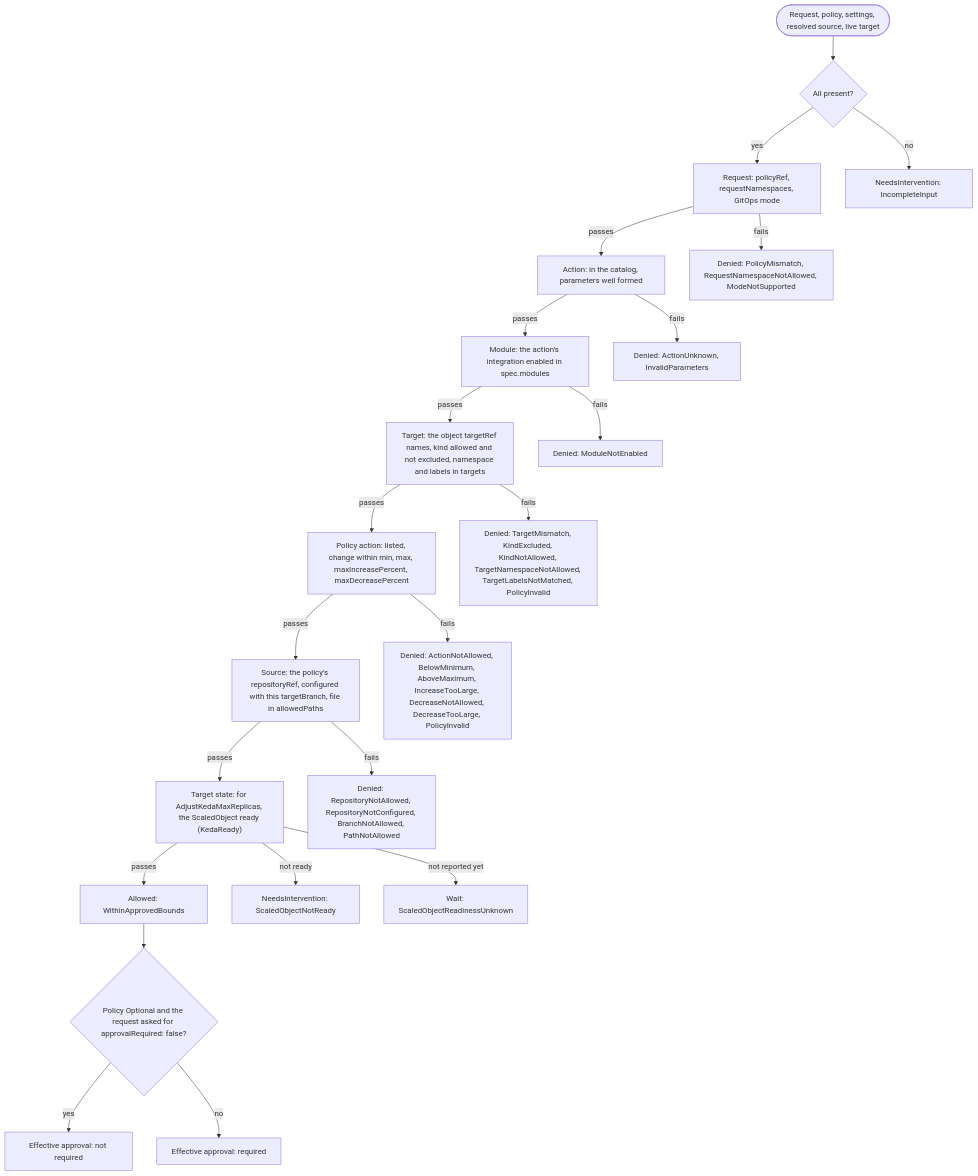
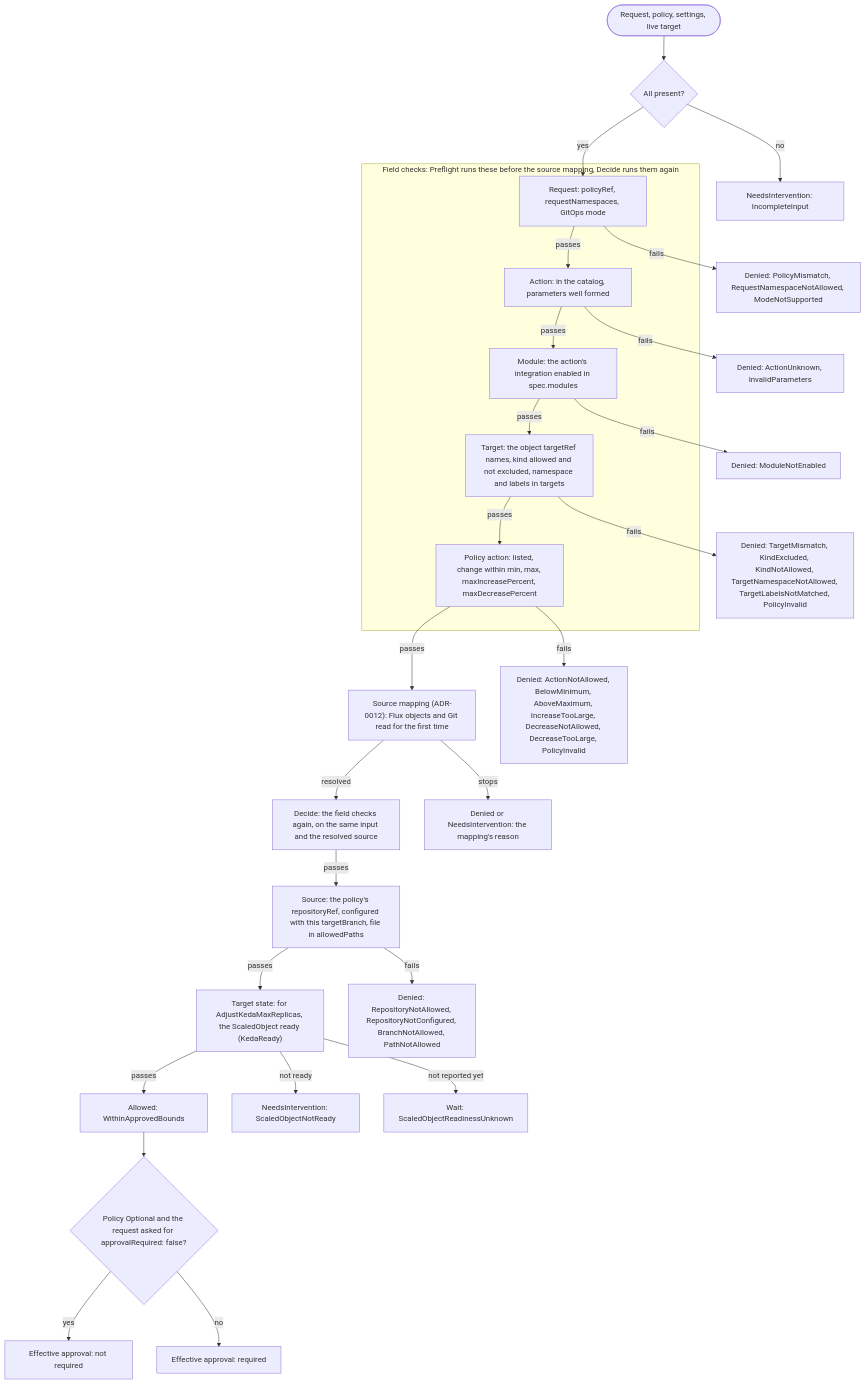
The diagram in docs/design/5-api.md (pkalin/shadewright), drawn with Mermaid before and after one commit. The commit also changed other lines of this file and 7 other files, not shown here.

Commit message:
feat(policy): refuse requests on their own fields before reading Git

````diff
--- a/docs/design/5-api.md
+++ b/docs/design/5-api.md
@@ -214,35 +216,42 @@
 ```mermaid
 flowchart TD
-    start([Request, policy, settings, resolved source, live target])
+    start([Request, policy, settings, live target])
     c0{All present?}
-    c1["Request: policyRef, requestNamespaces, GitOps mode"]
-    c2["Action: in the catalog, parameters well formed"]
-    c2m["Module: the action's integration enabled in spec.modules"]
-    c3["Target: the object targetRef names, kind allowed and not excluded, namespace and labels in targets"]
-    c4["Policy action: listed, change within min, max, maxIncreasePercent, maxDecreasePercent"]
+    subgraph pre ["Field checks: Preflight runs these before the source mapping, Decide runs them again"]
+        c1["Request: policyRef, requestNamespaces, GitOps mode"]
+        c2["Action: in the catalog, parameters well formed"]
+        c2m["Module: the action's integration enabled in spec.modules"]
+        c3["Target: the object targetRef names, kind allowed and not excluded, namespace and labels in targets"]
+        c4["Policy action: listed, change within min, max, maxIncreasePercent, maxDecreasePercent"]
+    end
+    map["Source mapping (ADR-0012): Flux objects and Git read for the first time"]
+    again["Decide: the field checks again, on the same input and the resolved source"]
     c5["Source: the policy's repositoryRef, configured with this targetBranch, file in allowedPaths"]
     c6["Target state: for AdjustKedaMaxReplicas, the ScaledObject ready (KedaReady)"]
     ok[Allowed: WithinApprovedBounds]
     ap{"Policy Optional and the request asked for approvalRequired: false?"}
     start --> c0
     c0 -- yes --> c1
     c1 -- passes --> c2
     c2 -- passes --> c2m
     c2m -- passes --> c3
     c3 -- passes --> c4
-    c4 -- passes --> c5
+    c4 -- passes --> map
+    map -- resolved --> again
+    map -- stops --> ms[Denied or NeedsIntervention: the mapping's reason]
+    again -- passes --> c5
     c5 -- passes --> c6
     c6 -- passes --> ok
     ok --> ap
     ap -- yes --> auto[Effective approval: not required]
     ap -- no --> rev[Effective approval: required]
     c0 -- no --> ni[NeedsIntervention: IncompleteInput]
     c1 -- fails --> d1[Denied: PolicyMismatch, RequestNamespaceNotAllowed, ModeNotSupported]
     c2 -- fails --> d2[Denied: ActionUnknown, InvalidParameters]
     c3 -- fails --> d3[Denied: TargetMismatch, KindExcluded, KindNotAllowed, TargetNamespaceNotAllowed, TargetLabelsNotMatched, PolicyInvalid]
     c4 -- fails --> d4[Denied: ActionNotAllowed, BelowMinimum, AboveMaximum, IncreaseTooLarge, DecreaseNotAllowed, DecreaseTooLarge, PolicyInvalid]
     c5 -- fails --> d5[Denied: RepositoryNotAllowed, RepositoryNotConfigured, BranchNotAllowed, PathNotAllowed]
     c2m -- fails --> d2m[Denied: ModuleNotEnabled]
     c6 -- not ready --> n6[NeedsIntervention: ScaledObjectNotReady]
     c6 -- not reported yet --> w6[Wait: ScaledObjectReadinessUnknown]
 ```
````
